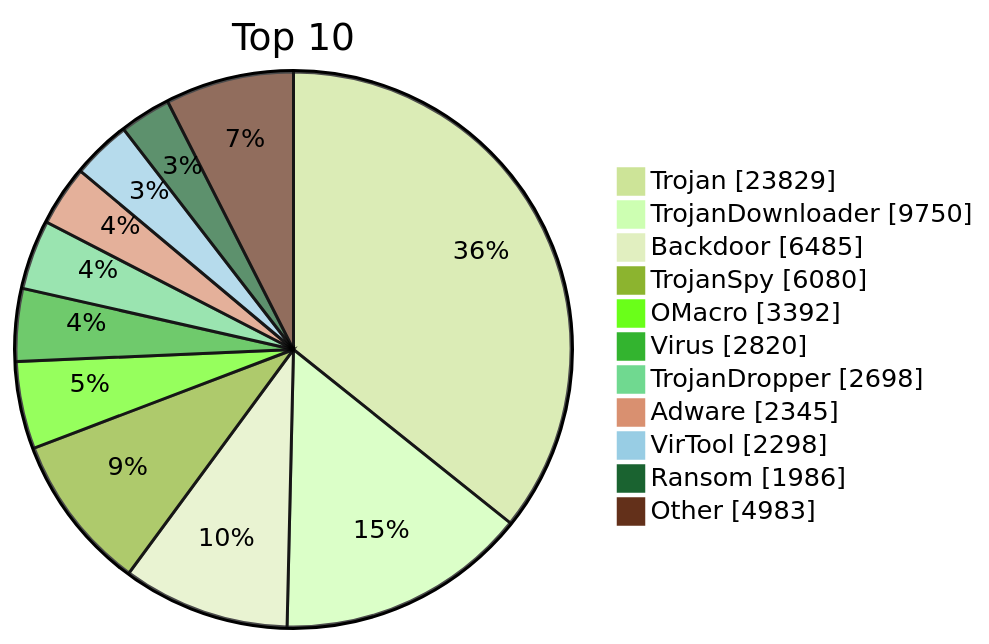
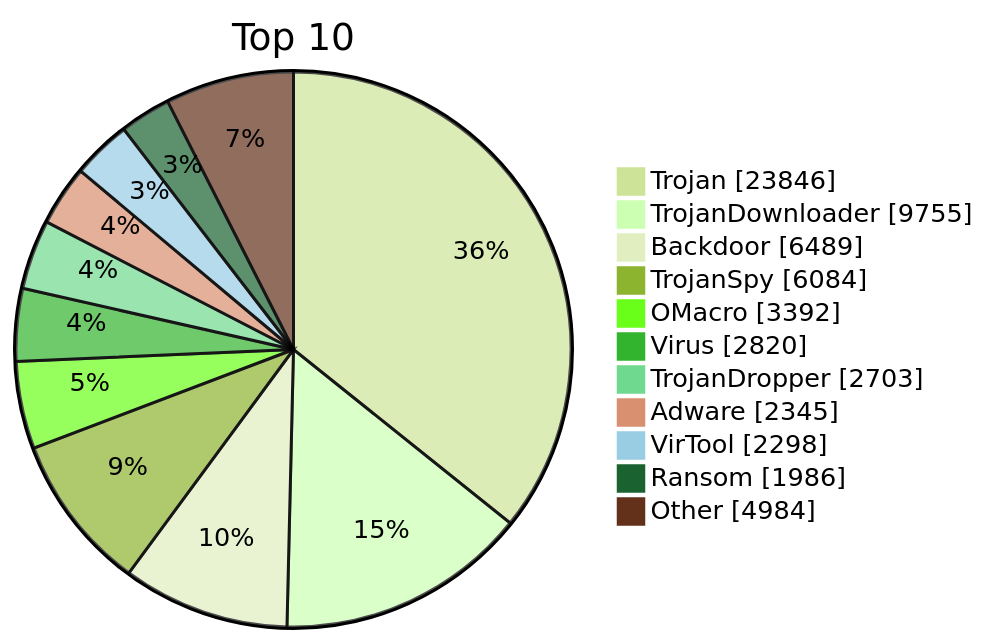
One commit to JerryLinLinLin/huorong-virdb-changelog changed the diagram in README.md. Above: the diagram before and after it, drawn with Mermaid (forest theme). The commit also changed other lines of this file and 16 other files, not shown here.

````diff
--- a/README.md
+++ b/README.md
@@ -19,15 +19,15 @@
 ```mermaid
 pie showData
     title Top 10
-    "Trojan" : 23829
-    "TrojanDownloader" : 9750
-    "Backdoor" : 6485
-    "TrojanSpy" : 6080
+    "Trojan" : 23846
+    "TrojanDownloader" : 9755
+    "Backdoor" : 6489
+    "TrojanSpy" : 6084
     "OMacro" : 3392
     "Virus" : 2820
-    "TrojanDropper" : 2698
+    "TrojanDropper" : 2703
     "Adware" : 2345
     "VirTool" : 2298
     "Ransom" : 1986
-    "Other" : 4983
+    "Other" : 4984
 ```
````
